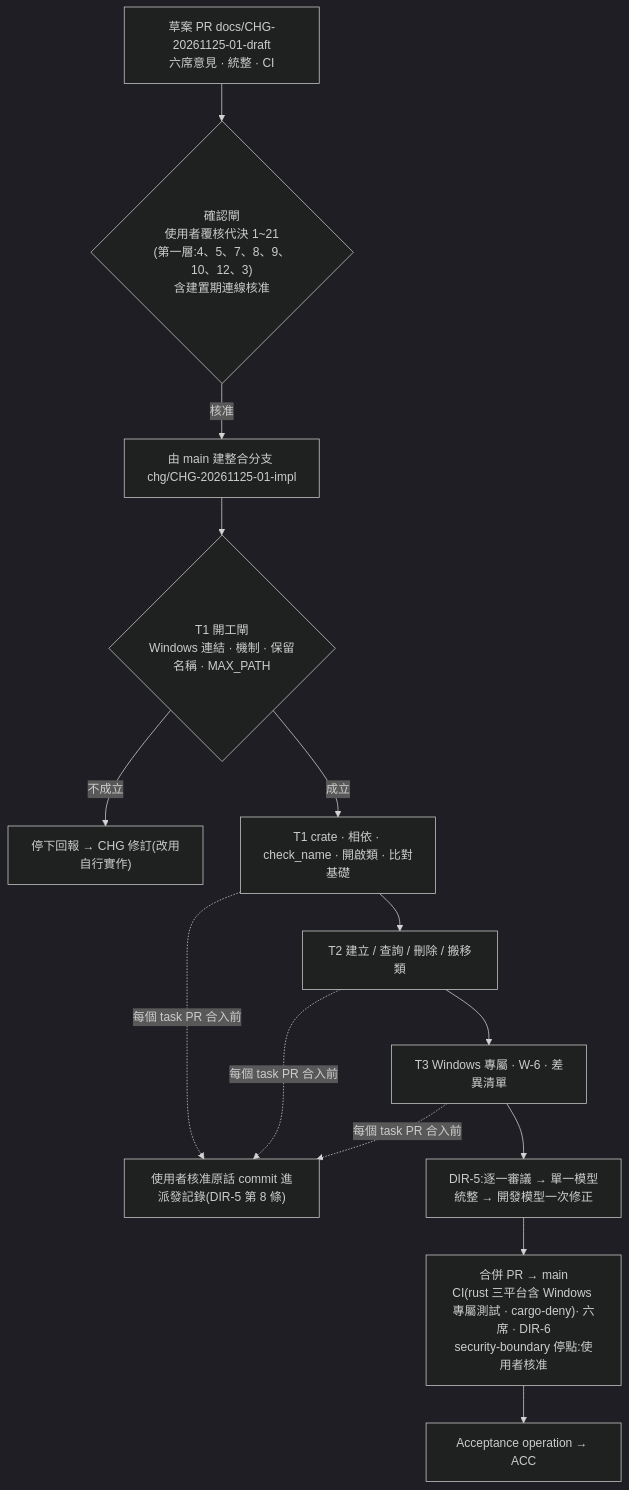
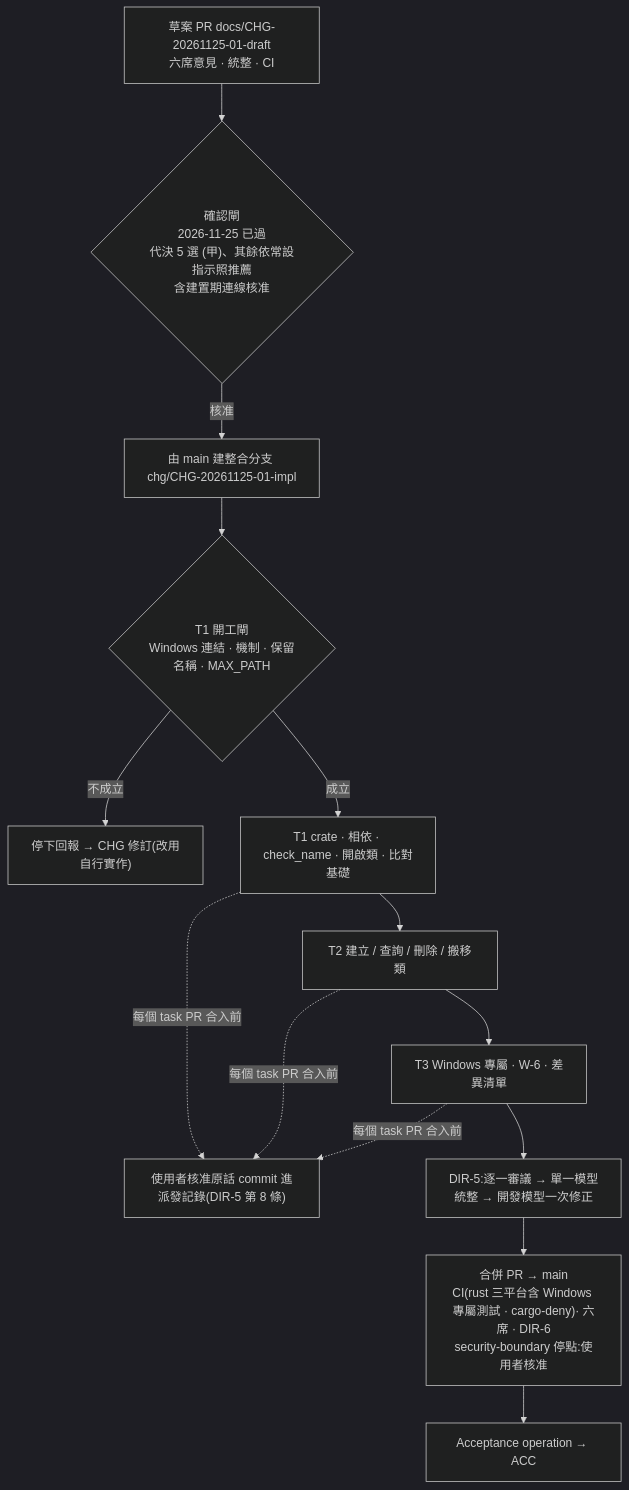
The third of 3 diagrams in docs/changes/CHG-20261125-01.md (kamira/podcast-studio), drawn with Mermaid (dark theme) before and after one commit. The commit also changed other lines of this file, not shown here.

Commit message:
CHG-20261125-01: 確認閘紀錄與文字更正

````diff
--- a/docs/changes/CHG-20261125-01.md
+++ b/docs/changes/CHG-20261125-01.md
@@ -298,14 +298,14 @@
 ```mermaid
 flowchart TD
-  A["草案 PR docs/CHG-20261125-01-draft<br/>六席意見 · 統整 · CI"] --> B{"確認閘<br/>使用者覆核代決 1~21<br/>(第一層:4、5、7、8、9、10、12、3)<br/>含建置期連線核准"}
+  A["草案 PR docs/CHG-20261125-01-draft<br/>六席意見 · 統整 · CI"] --> B{"確認閘<br/>2026-11-25 已過<br/>代決 5 選 (甲)、其餘依常設指示照推薦<br/>含建置期連線核准"}
   B -- 核准 --> C["由 main 建整合分支 chg/CHG-20261125-01-impl"]
   C --> G{"T1 開工閘<br/>Windows 連結 · 機制 · 保留名稱 · MAX_PATH"}
   G -- 不成立 --> STOP["停下回報 → CHG 修訂(改用自行實作)"]
   G -- 成立 --> T1["T1 crate · 相依 · check_name · 開啟類 · 比對基礎"]
   T1 --> T2["T2 建立 / 查詢 / 刪除 / 搬移類"]
   T2 --> T3["T3 Windows 專屬 · W-6 · 差異清單"]
   T1 & T2 & T3 -. 每個 task PR 合入前 .-> AP["使用者核准原話 commit 進派發記錄(DIR-5 第 8 條)"]
   T3 --> RV["DIR-5:逐一審議 → 單一模型統整 → 開發模型一次修正"]
   RV --> MP["合併 PR → main<br/>CI(rust 三平台含 Windows 專屬測試 · cargo-deny)· 六席 · DIR-6<br/>security-boundary 停點:使用者核准"]
   MP --> ACC["Acceptance operation → ACC"]
 ```
````
